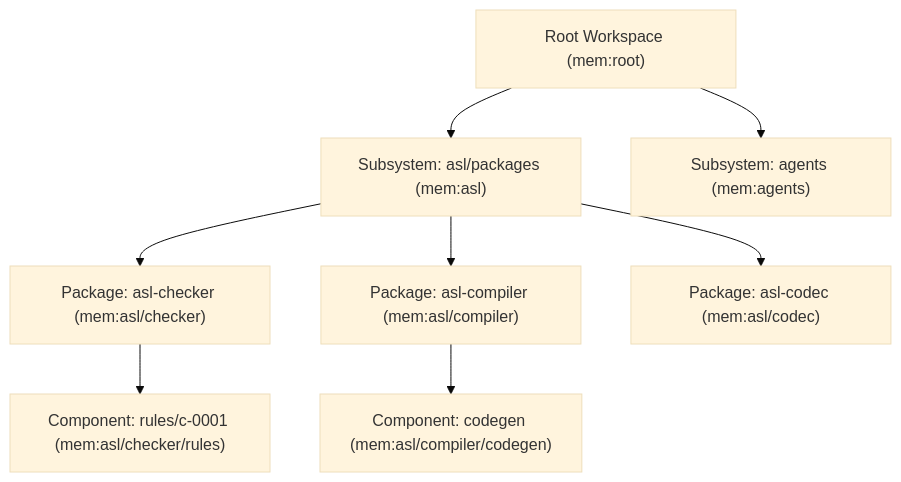
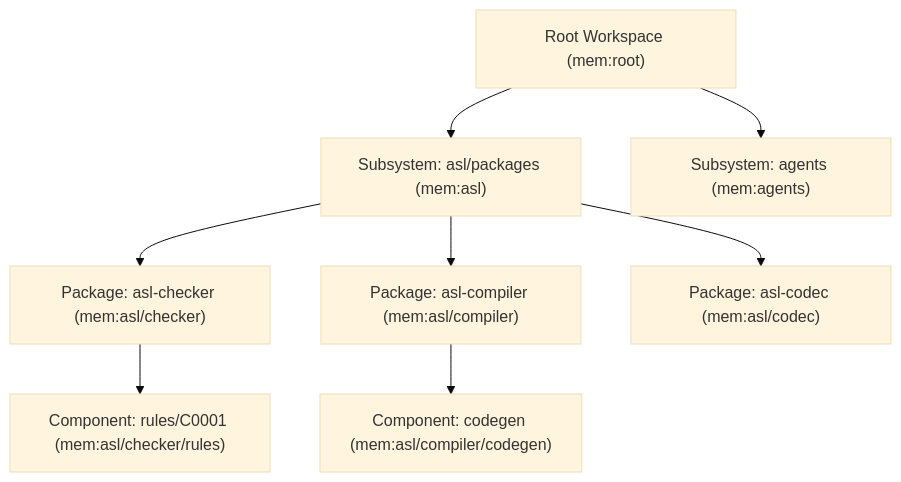
The first of 2 diagrams in docs/blog/20-multi-tier-recursive-fractal-memory-and-tree-aggregation.md (GenSEAM/asl), drawn with Mermaid (base theme) before and after one commit. The commit also changed other lines of this file and 60 other files, not shown here.

Commit message:
feat(asl): synchronize core grammar, rules, engine header, packages, and node bridge

````diff
--- a/docs/blog/20-multi-tier-recursive-fractal-memory-and-tree-aggregation.md
+++ b/docs/blog/20-multi-tier-recursive-fractal-memory-and-tree-aggregation.md
@@ -27,10 +27,10 @@
 ```mermaid
 graph TD
     Root["Root Workspace (mem:root)"] --> Sub1["Subsystem: asl/packages (mem:asl)"]
     Root --> Sub2["Subsystem: agents (mem:agents)"]
     Sub1 --> Pkg1["Package: asl-checker (mem:asl/checker)"]
     Sub1 --> Pkg2["Package: asl-compiler (mem:asl/compiler)"]
     Sub1 --> Pkg3["Package: asl-codec (mem:asl/codec)"]
-    Pkg1 --> Comp1["Component: rules/c-0001 (mem:asl/checker/rules)"]
+    Pkg1 --> Comp1["Component: rules/C0001 (mem:asl/checker/rules)"]
     Pkg2 --> Comp2["Component: codegen (mem:asl/compiler/codegen)"]
 ```
````
